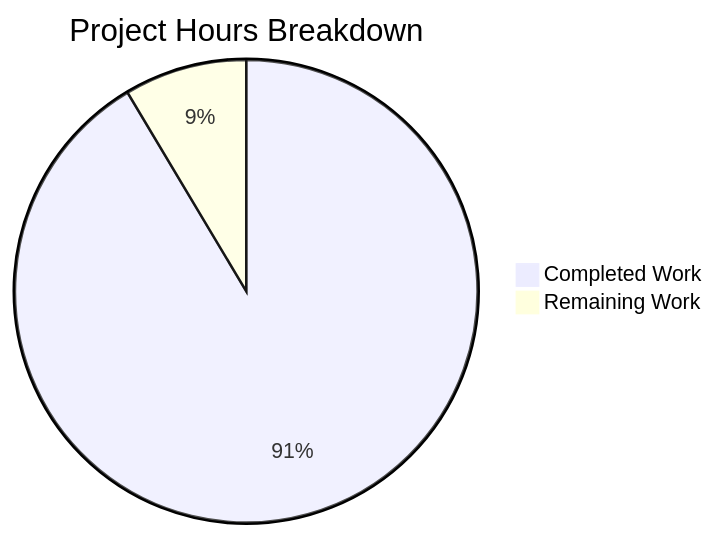
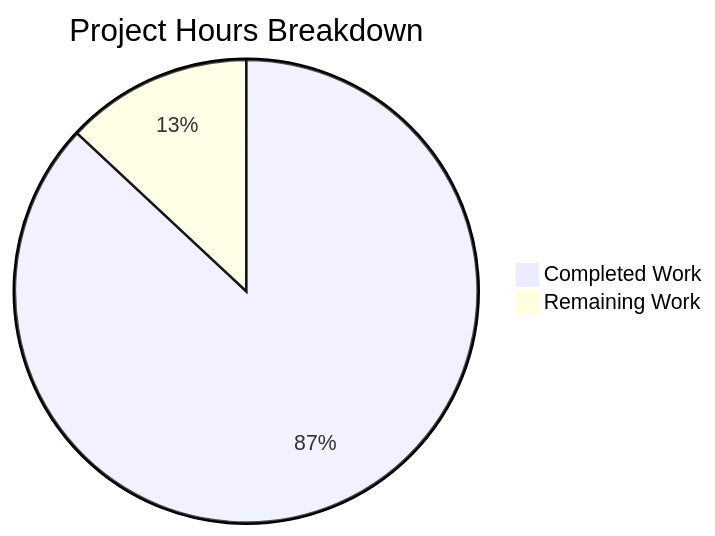
The diagram in blitzy/documentation/Project Guide.md (blitzy-public-samples/blitzy-WebVella-ERP), drawn with Mermaid before and after one commit. The commit also changed other lines of this file, not shown here.

Commit message:
Adding Blitzy Project Guide: Project Status and Human Tasks Remaining

````diff
--- a/blitzy/documentation/Project Guide.md
+++ b/blitzy/documentation/Project Guide.md
@@ -105,5 +108,5 @@
 ```mermaid
 pie title Project Hours Breakdown
-    "Completed Work" : 256
-    "Remaining Work" : 24
+    "Completed Work" : 200
+    "Remaining Work" : 30
 ```
````
